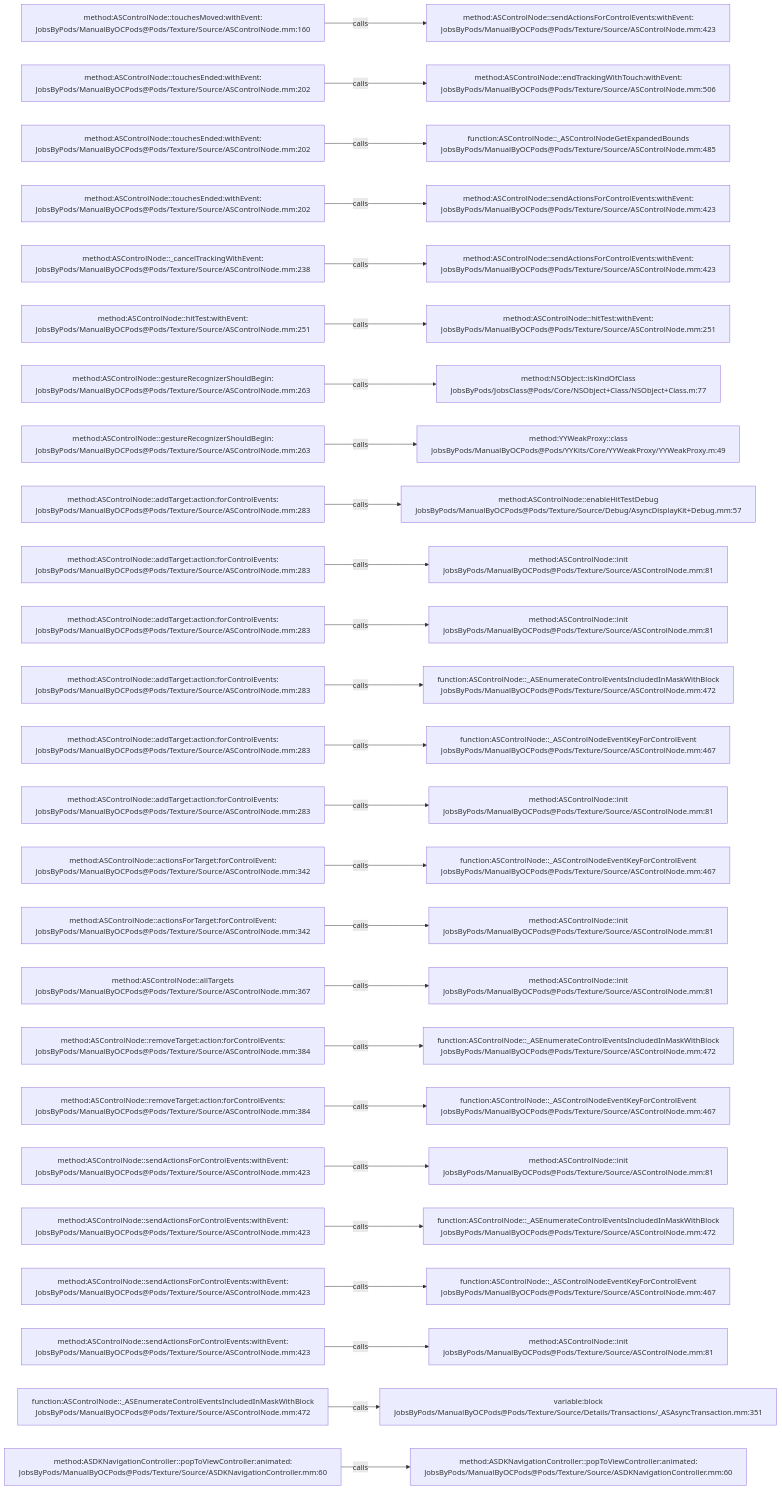
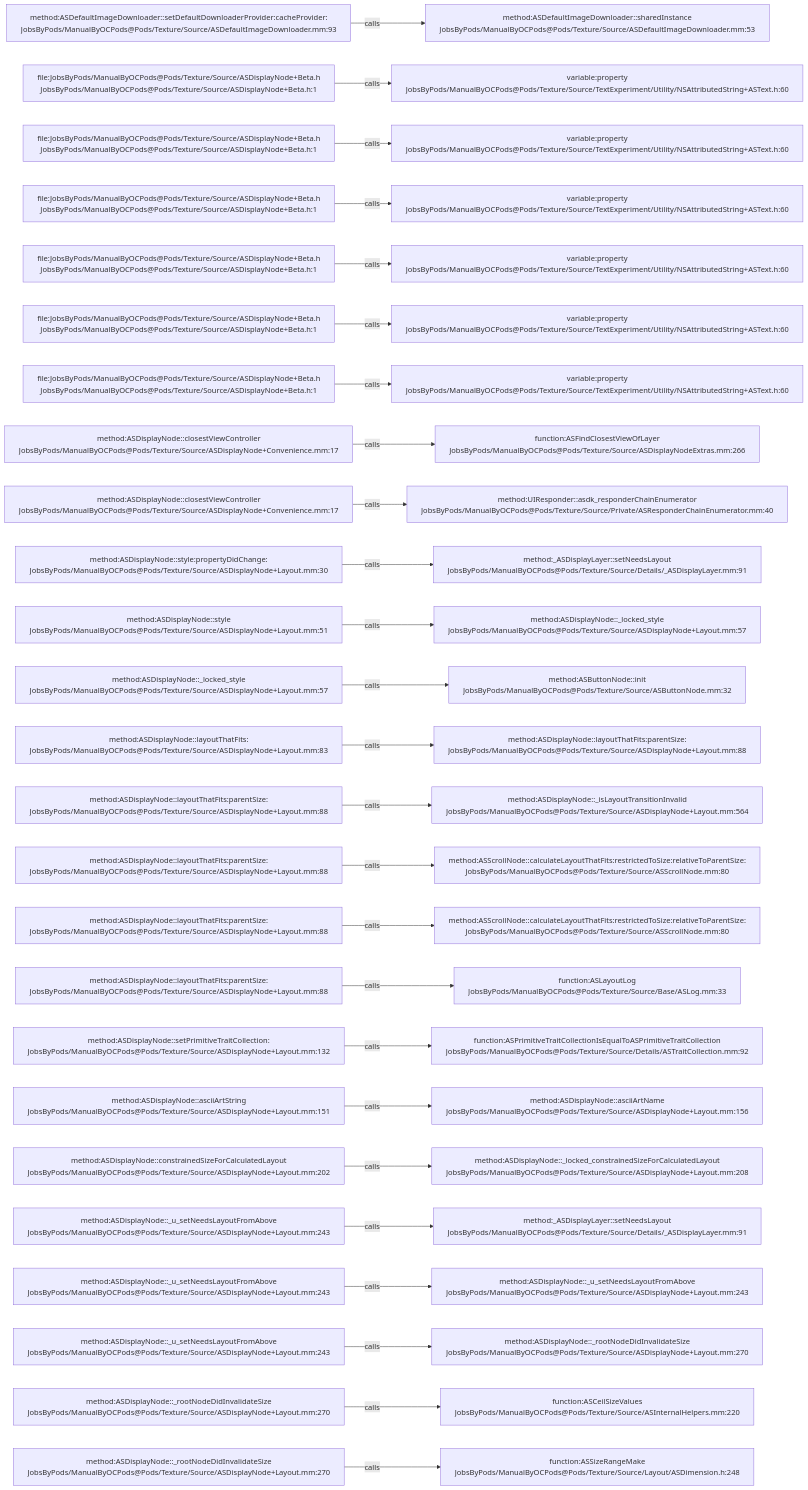
One commit to JobsKits/JobsOCBaseConfigDemo changed the diagram in .codegraph/codegraph.md/graphs/calls-088.md. Above: the diagram before and after it, drawn with Mermaid. The commit also changed 1353 other files, not shown here.

````diff
--- a/.codegraph/codegraph.md/graphs/calls-088.md
+++ b/.codegraph/codegraph.md/graphs/calls-088.md
@@ -13,78 +13,78 @@
 ```mermaid
 flowchart LR
-  S1["method:ASControlNode::touchesMoved:withEvent:<br/>JobsByPods/ManualByOCPods@Pods/Texture/Source/ASControlNode.mm:160"]
-  T1["method:ASControlNode::sendActionsForControlEvents:withEvent:<br/>JobsByPods/ManualByOCPods@Pods/Texture/Source/ASControlNode.mm:423"]
+  S1["method:ASDefaultImageDownloader::setDefaultDownloaderProvider:cacheProvider:<br/>JobsByPods/ManualByOCPods@Pods/Texture/Source/ASDefaultImageDownloader.mm:93"]
+  T1["method:ASDefaultImageDownloader::sharedInstance<br/>JobsByPods/ManualByOCPods@Pods/Texture/Source/ASDefaultImageDownloader.mm:53"]
   S1 -->|calls| T1
-  S2["method:ASControlNode::touchesEnded:withEvent:<br/>JobsByPods/ManualByOCPods@Pods/Texture/Source/ASControlNode.mm:202"]
-  T2["method:ASControlNode::endTrackingWithTouch:withEvent:<br/>JobsByPods/ManualByOCPods@Pods/Texture/Source/ASControlNode.mm:506"]
+  S2["file:JobsByPods/ManualByOCPods@Pods/Texture/Source/ASDisplayNode+Beta.h<br/>JobsByPods/ManualByOCPods@Pods/Texture/Source/ASDisplayNode+Beta.h:1"]
+  T2["variable:property<br/>JobsByPods/ManualByOCPods@Pods/Texture/Source/TextExperiment/Utility/NSAttributedString+ASText.h:60"]
   S2 -->|calls| T2
-  S3["method:ASControlNode::touchesEnded:withEvent:<br/>JobsByPods/ManualByOCPods@Pods/Texture/Source/ASControlNode.mm:202"]
-  T3["function:ASControlNode::_ASControlNodeGetExpandedBounds<br/>JobsByPods/ManualByOCPods@Pods/Texture/Source/ASControlNode.mm:485"]
+  S3["file:JobsByPods/ManualByOCPods@Pods/Texture/Source/ASDisplayNode+Beta.h<br/>JobsByPods/ManualByOCPods@Pods/Texture/Source/ASDisplayNode+Beta.h:1"]
+  T3["variable:property<br/>JobsByPods/ManualByOCPods@Pods/Texture/Source/TextExperiment/Utility/NSAttributedString+ASText.h:60"]
   S3 -->|calls| T3
-  S4["method:ASControlNode::touchesEnded:withEvent:<br/>JobsByPods/ManualByOCPods@Pods/Texture/Source/ASControlNode.mm:202"]
-  T4["method:ASControlNode::sendActionsForControlEvents:withEvent:<br/>JobsByPods/ManualByOCPods@Pods/Texture/Source/ASControlNode.mm:423"]
+  S4["file:JobsByPods/ManualByOCPods@Pods/Texture/Source/ASDisplayNode+Beta.h<br/>JobsByPods/ManualByOCPods@Pods/Texture/Source/ASDisplayNode+Beta.h:1"]
+  T4["variable:property<br/>JobsByPods/ManualByOCPods@Pods/Texture/Source/TextExperiment/Utility/NSAttributedString+ASText.h:60"]
   S4 -->|calls| T4
-  S5["method:ASControlNode::_cancelTrackingWithEvent:<br/>JobsByPods/ManualByOCPods@Pods/Texture/Source/ASControlNode.mm:238"]
-  T5["method:ASControlNode::sendActionsForControlEvents:withEvent:<br/>JobsByPods/ManualByOCPods@Pods/Texture/Source/ASControlNode.mm:423"]
+  S5["file:JobsByPods/ManualByOCPods@Pods/Texture/Source/ASDisplayNode+Beta.h<br/>JobsByPods/ManualByOCPods@Pods/Texture/Source/ASDisplayNode+Beta.h:1"]
+  T5["variable:property<br/>JobsByPods/ManualByOCPods@Pods/Texture/Source/TextExperiment/Utility/NSAttributedString+ASText.h:60"]
   S5 -->|calls| T5
-  S6["method:ASControlNode::hitTest:withEvent:<br/>JobsByPods/ManualByOCPods@Pods/Texture/Source/ASControlNode.mm:251"]
-  T6["method:ASControlNode::hitTest:withEvent:<br/>JobsByPods/ManualByOCPods@Pods/Texture/Source/ASControlNode.mm:251"]
+  S6["file:JobsByPods/ManualByOCPods@Pods/Texture/Source/ASDisplayNode+Beta.h<br/>JobsByPods/ManualByOCPods@Pods/Texture/Source/ASDisplayNode+Beta.h:1"]
+  T6["variable:property<br/>JobsByPods/ManualByOCPods@Pods/Texture/Source/TextExperiment/Utility/NSAttributedString+ASText.h:60"]
   S6 -->|calls| T6
-  S7["method:ASControlNode::gestureRecognizerShouldBegin:<br/>JobsByPods/ManualByOCPods@Pods/Texture/Source/ASControlNode.mm:263"]
-  T7["method:NSObject::isKindOfClass<br/>JobsByPods/JobsClass@Pods/Core/NSObject+Class/NSObject+Class.m:77"]
+  S7["file:JobsByPods/ManualByOCPods@Pods/Texture/Source/ASDisplayNode+Beta.h<br/>JobsByPods/ManualByOCPods@Pods/Texture/Source/ASDisplayNode+Beta.h:1"]
+  T7["variable:property<br/>JobsByPods/ManualByOCPods@Pods/Texture/Source/TextExperiment/Utility/NSAttributedString+ASText.h:60"]
   S7 -->|calls| T7
-  S8["method:ASControlNode::gestureRecognizerShouldBegin:<br/>JobsByPods/ManualByOCPods@Pods/Texture/Source/ASControlNode.mm:263"]
-  T8["method:YYWeakProxy::class<br/>JobsByPods/ManualByOCPods@Pods/YYKits/Core/YYWeakProxy/YYWeakProxy.m:49"]
+  S8["method:ASDisplayNode::closestViewController<br/>JobsByPods/ManualByOCPods@Pods/Texture/Source/ASDisplayNode+Convenience.mm:17"]
+  T8["function:ASFindClosestViewOfLayer<br/>JobsByPods/ManualByOCPods@Pods/Texture/Source/ASDisplayNodeExtras.mm:266"]
   S8 -->|calls| T8
-  S9["method:ASControlNode::addTarget:action:forControlEvents:<br/>JobsByPods/ManualByOCPods@Pods/Texture/Source/ASControlNode.mm:283"]
-  T9["method:ASControlNode::enableHitTestDebug<br/>JobsByPods/ManualByOCPods@Pods/Texture/Source/Debug/AsyncDisplayKit+Debug.mm:57"]
+  S9["method:ASDisplayNode::closestViewController<br/>JobsByPods/ManualByOCPods@Pods/Texture/Source/ASDisplayNode+Convenience.mm:17"]
+  T9["method:UIResponder::asdk_responderChainEnumerator<br/>JobsByPods/ManualByOCPods@Pods/Texture/Source/Private/ASResponderChainEnumerator.mm:40"]
   S9 -->|calls| T9
-  S10["method:ASControlNode::addTarget:action:forControlEvents:<br/>JobsByPods/ManualByOCPods@Pods/Texture/Source/ASControlNode.mm:283"]
-  T10["method:ASControlNode::init<br/>JobsByPods/ManualByOCPods@Pods/Texture/Source/ASControlNode.mm:81"]
+  S10["method:ASDisplayNode::style:propertyDidChange:<br/>JobsByPods/ManualByOCPods@Pods/Texture/Source/ASDisplayNode+Layout.mm:30"]
+  T10["method:_ASDisplayLayer::setNeedsLayout<br/>JobsByPods/ManualByOCPods@Pods/Texture/Source/Details/_ASDisplayLayer.mm:91"]
   S10 -->|calls| T10
-  S11["method:ASControlNode::addTarget:action:forControlEvents:<br/>JobsByPods/ManualByOCPods@Pods/Texture/Source/ASControlNode.mm:283"]
-  T11["method:ASControlNode::init<br/>JobsByPods/ManualByOCPods@Pods/Texture/Source/ASControlNode.mm:81"]
+  S11["method:ASDisplayNode::style<br/>JobsByPods/ManualByOCPods@Pods/Texture/Source/ASDisplayNode+Layout.mm:51"]
+  T11["method:ASDisplayNode::_locked_style<br/>JobsByPods/ManualByOCPods@Pods/Texture/Source/ASDisplayNode+Layout.mm:57"]
   S11 -->|calls| T11
-  S12["method:ASControlNode::addTarget:action:forControlEvents:<br/>JobsByPods/ManualByOCPods@Pods/Texture/Source/ASControlNode.mm:283"]
-  T12["function:ASControlNode::_ASEnumerateControlEventsIncludedInMaskWithBlock<br/>JobsByPods/ManualByOCPods@Pods/Texture/Source/ASControlNode.mm:472"]
+  S12["method:ASDisplayNode::_locked_style<br/>JobsByPods/ManualByOCPods@Pods/Texture/Source/ASDisplayNode+Layout.mm:57"]
+  T12["method:ASButtonNode::init<br/>JobsByPods/ManualByOCPods@Pods/Texture/Source/ASButtonNode.mm:32"]
   S12 -->|calls| T12
-  S13["method:ASControlNode::addTarget:action:forControlEvents:<br/>JobsByPods/ManualByOCPods@Pods/Texture/Source/ASControlNode.mm:283"]
-  T13["function:ASControlNode::_ASControlNodeEventKeyForControlEvent<br/>JobsByPods/ManualByOCPods@Pods/Texture/Source/ASControlNode.mm:467"]
+  S13["method:ASDisplayNode::layoutThatFits:<br/>JobsByPods/ManualByOCPods@Pods/Texture/Source/ASDisplayNode+Layout.mm:83"]
+  T13["method:ASDisplayNode::layoutThatFits:parentSize:<br/>JobsByPods/ManualByOCPods@Pods/Texture/Source/ASDisplayNode+Layout.mm:88"]
   S13 -->|calls| T13
-  S14["method:ASControlNode::addTarget:action:forControlEvents:<br/>JobsByPods/ManualByOCPods@Pods/Texture/Source/ASControlNode.mm:283"]
-  T14["method:ASControlNode::init<br/>JobsByPods/ManualByOCPods@Pods/Texture/Source/ASControlNode.mm:81"]
+  S14["method:ASDisplayNode::layoutThatFits:parentSize:<br/>JobsByPods/ManualByOCPods@Pods/Texture/Source/ASDisplayNode+Layout.mm:88"]
+  T14["method:ASDisplayNode::_isLayoutTransitionInvalid<br/>JobsByPods/ManualByOCPods@Pods/Texture/Source/ASDisplayNode+Layout.mm:564"]
   S14 -->|calls| T14
-  S15["method:ASControlNode::actionsForTarget:forControlEvent:<br/>JobsByPods/ManualByOCPods@Pods/Texture/Source/ASControlNode.mm:342"]
-  T15["function:ASControlNode::_ASControlNodeEventKeyForControlEvent<br/>JobsByPods/ManualByOCPods@Pods/Texture/Source/ASControlNode.mm:467"]
+  S15["method:ASDisplayNode::layoutThatFits:parentSize:<br/>JobsByPods/ManualByOCPods@Pods/Texture/Source/ASDisplayNode+Layout.mm:88"]
+  T15["method:ASScrollNode::calculateLayoutThatFits:restrictedToSize:relativeToParentSize:<br/>JobsByPods/ManualByOCPods@Pods/Texture/Source/ASScrollNode.mm:80"]
   S15 -->|calls| T15
-  S16["method:ASControlNode::actionsForTarget:forControlEvent:<br/>JobsByPods/ManualByOCPods@Pods/Texture/Source/ASControlNode.mm:342"]
-  T16["method:ASControlNode::init<br/>JobsByPods/ManualByOCPods@Pods/Texture/Source/ASControlNode.mm:81"]
+  S16["method:ASDisplayNode::layoutThatFits:parentSize:<br/>JobsByPods/ManualByOCPods@Pods/Texture/Source/ASDisplayNode+Layout.mm:88"]
+  T16["method:ASScrollNode::calculateLayoutThatFits:restrictedToSize:relativeToParentSize:<br/>JobsByPods/ManualByOCPods@Pods/Texture/Source/ASScrollNode.mm:80"]
   S16 -->|calls| T16
-  S17["method:ASControlNode::allTargets<br/>JobsByPods/ManualByOCPods@Pods/Texture/Source/ASControlNode.mm:367"]
-  T17["method:ASControlNode::init<br/>JobsByPods/ManualByOCPods@Pods/Texture/Source/ASControlNode.mm:81"]
+  S17["method:ASDisplayNode::layoutThatFits:parentSize:<br/>JobsByPods/ManualByOCPods@Pods/Texture/Source/ASDisplayNode+Layout.mm:88"]
+  T17["function:ASLayoutLog<br/>JobsByPods/ManualByOCPods@Pods/Texture/Source/Base/ASLog.mm:33"]
   S17 -->|calls| T17
-  S18["method:ASControlNode::removeTarget:action:forControlEvents:<br/>JobsByPods/ManualByOCPods@Pods/Texture/Source/ASControlNode.mm:384"]
-  T18["function:ASControlNode::_ASEnumerateControlEventsIncludedInMaskWithBlock<br/>JobsByPods/ManualByOCPods@Pods/Texture/Source/ASControlNode.mm:472"]
+  S18["method:ASDisplayNode::setPrimitiveTraitCollection:<br/>JobsByPods/ManualByOCPods@Pods/Texture/Source/ASDisplayNode+Layout.mm:132"]
+  T18["function:ASPrimitiveTraitCollectionIsEqualToASPrimitiveTraitCollection<br/>JobsByPods/ManualByOCPods@Pods/Texture/Source/Details/ASTraitCollection.mm:92"]
   S18 -->|calls| T18
-  S19["method:ASControlNode::removeTarget:action:forControlEvents:<br/>JobsByPods/ManualByOCPods@Pods/Texture/Source/ASControlNode.mm:384"]
-  T19["function:ASControlNode::_ASControlNodeEventKeyForControlEvent<br/>JobsByPods/ManualByOCPods@Pods/Texture/Source/ASControlNode.mm:467"]
+  S19["method:ASDisplayNode::asciiArtString<br/>JobsByPods/ManualByOCPods@Pods/Texture/Source/ASDisplayNode+Layout.mm:151"]
+  T19["method:ASDisplayNode::asciiArtName<br/>JobsByPods/ManualByOCPods@Pods/Texture/Source/ASDisplayNode+Layout.mm:156"]
   S19 -->|calls| T19
-  S20["method:ASControlNode::sendActionsForControlEvents:withEvent:<br/>JobsByPods/ManualByOCPods@Pods/Texture/Source/ASControlNode.mm:423"]
-  T20["method:ASControlNode::init<br/>JobsByPods/ManualByOCPods@Pods/Texture/Source/ASControlNode.mm:81"]
+  S20["method:ASDisplayNode::constrainedSizeForCalculatedLayout<br/>JobsByPods/ManualByOCPods@Pods/Texture/Source/ASDisplayNode+Layout.mm:202"]
+  T20["method:ASDisplayNode::_locked_constrainedSizeForCalculatedLayout<br/>JobsByPods/ManualByOCPods@Pods/Texture/Source/ASDisplayNode+Layout.mm:208"]
   S20 -->|calls| T20
-  S21["method:ASControlNode::sendActionsForControlEvents:withEvent:<br/>JobsByPods/ManualByOCPods@Pods/Texture/Source/ASControlNode.mm:423"]
-  T21["function:ASControlNode::_ASEnumerateControlEventsIncludedInMaskWithBlock<br/>JobsByPods/ManualByOCPods@Pods/Texture/Source/ASControlNode.mm:472"]
+  S21["method:ASDisplayNode::_u_setNeedsLayoutFromAbove<br/>JobsByPods/ManualByOCPods@Pods/Texture/Source/ASDisplayNode+Layout.mm:243"]
+  T21["method:_ASDisplayLayer::setNeedsLayout<br/>JobsByPods/ManualByOCPods@Pods/Texture/Source/Details/_ASDisplayLayer.mm:91"]
   S21 -->|calls| T21
-  S22["method:ASControlNode::sendActionsForControlEvents:withEvent:<br/>JobsByPods/ManualByOCPods@Pods/Texture/Source/ASControlNode.mm:423"]
-  T22["function:ASControlNode::_ASControlNodeEventKeyForControlEvent<br/>JobsByPods/ManualByOCPods@Pods/Texture/Source/ASControlNode.mm:467"]
+  S22["method:ASDisplayNode::_u_setNeedsLayoutFromAbove<br/>JobsByPods/ManualByOCPods@Pods/Texture/Source/ASDisplayNode+Layout.mm:243"]
+  T22["method:ASDisplayNode::_u_setNeedsLayoutFromAbove<br/>JobsByPods/ManualByOCPods@Pods/Texture/Source/ASDisplayNode+Layout.mm:243"]
   S22 -->|calls| T22
-  S23["method:ASControlNode::sendActionsForControlEvents:withEvent:<br/>JobsByPods/ManualByOCPods@Pods/Texture/Source/ASControlNode.mm:423"]
-  T23["method:ASControlNode::init<br/>JobsByPods/ManualByOCPods@Pods/Texture/Source/ASControlNode.mm:81"]
+  S23["method:ASDisplayNode::_u_setNeedsLayoutFromAbove<br/>JobsByPods/ManualByOCPods@Pods/Texture/Source/ASDisplayNode+Layout.mm:243"]
+  T23["method:ASDisplayNode::_rootNodeDidInvalidateSize<br/>JobsByPods/ManualByOCPods@Pods/Texture/Source/ASDisplayNode+Layout.mm:270"]
   S23 -->|calls| T23
-  S24["function:ASControlNode::_ASEnumerateControlEventsIncludedInMaskWithBlock<br/>JobsByPods/ManualByOCPods@Pods/Texture/Source/ASControlNode.mm:472"]
-  T24["variable:block<br/>JobsByPods/ManualByOCPods@Pods/Texture/Source/Details/Transactions/_ASAsyncTransaction.mm:351"]
+  S24["method:ASDisplayNode::_rootNodeDidInvalidateSize<br/>JobsByPods/ManualByOCPods@Pods/Texture/Source/ASDisplayNode+Layout.mm:270"]
+  T24["function:ASCeilSizeValues<br/>JobsByPods/ManualByOCPods@Pods/Texture/Source/ASInternalHelpers.mm:220"]
   S24 -->|calls| T24
-  S25["method:ASDKNavigationController::popToViewController:animated:<br/>JobsByPods/ManualByOCPods@Pods/Texture/Source/ASDKNavigationController.mm:60"]
-  T25["method:ASDKNavigationController::popToViewController:animated:<br/>JobsByPods/ManualByOCPods@Pods/Texture/Source/ASDKNavigationController.mm:60"]
+  S25["method:ASDisplayNode::_rootNodeDidInvalidateSize<br/>JobsByPods/ManualByOCPods@Pods/Texture/Source/ASDisplayNode+Layout.mm:270"]
+  T25["function:ASSizeRangeMake<br/>JobsByPods/ManualByOCPods@Pods/Texture/Source/Layout/ASDimension.h:248"]
   S25 -->|calls| T25
 ```
````
